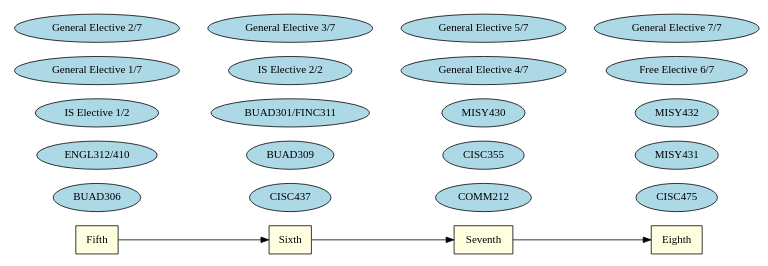
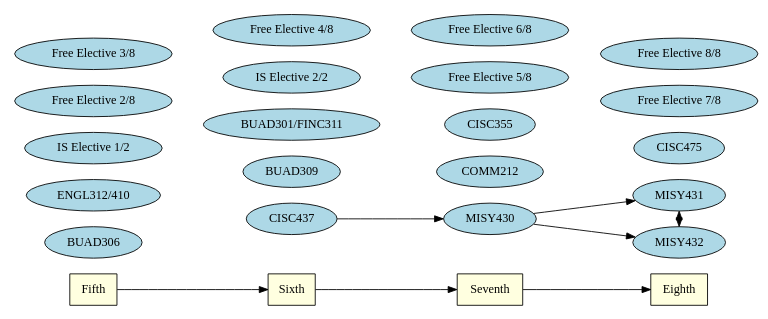
Before and after one commit to UD-CIS-Teaching/student-guidance: the diagram in graphs/cs_infosys.dot, drawn with Graphviz. The commit also changed 5 other files, not shown here.

```diff
--- a/graphs/cs_infosys.dot
+++ b/graphs/cs_infosys.dot
@@ -1,19 +1,22 @@
 digraph world {
 
     node [ fillcolor="lightblue" style=filled ];
     size="7,7";
     rankdir="LR";
     
     "Fifth" -> "Sixth" -> "Seventh" -> "Eighth";
     "Fifth" [shape="box" fillcolor="lightyellow"];
     "Sixth" [shape="box" fillcolor="lightyellow"];
     "Seventh" [shape="box" fillcolor="lightyellow"];
     "Eighth" [shape="box" fillcolor="lightyellow"];
 
-    {rank=same; "Fifth";"BUAD306";"ENGL312/410";"IS Elective 1/2";"General Elective 1/7";"General Elective 2/7";}
-    {rank=same; "Sixth";"CISC437";"BUAD309";"BUAD301/FINC311";"IS Elective 2/2";"General Elective 3/7";}
-    {rank=same; "Seventh";"COMM212";"CISC355";"MISY430";"General Elective 4/7";"General Elective 5/7"}
-    {rank=same; "Eighth";"CISC475";"MISY431";"MISY432";"Free Elective 6/7";"General Elective 7/7"}
+    {rank=same; "Fifth";"BUAD306";"ENGL312/410";"IS Elective 1/2";"Free Elective 2/8";"Free Elective 3/8";}
+    {rank=same; "Sixth";"CISC437";"BUAD309";"BUAD301/FINC311";"IS Elective 2/2";"Free Elective 4/8";}
+    {rank=same; "Seventh";"COMM212";"CISC355";"MISY430";"Free Elective 5/8";"Free Elective 6/8"}
+    {rank=same; "Eighth";"CISC475";"MISY431";"MISY432";"Free Elective 7/8";"Free Elective 8/8"}
     
-    
+    CISC437 -> MISY430;
+    MISY430 -> MISY431;
+    MISY430 -> MISY432;
+    MISY431 -> MISY432 [dir="both" style=dashed];
 }
```
